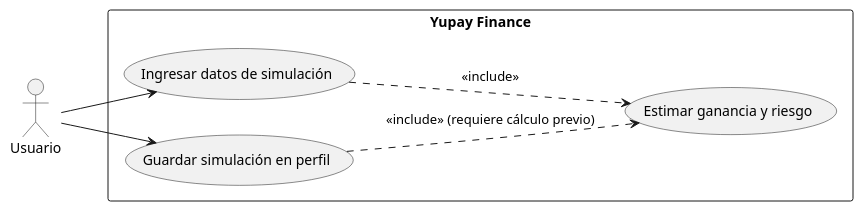
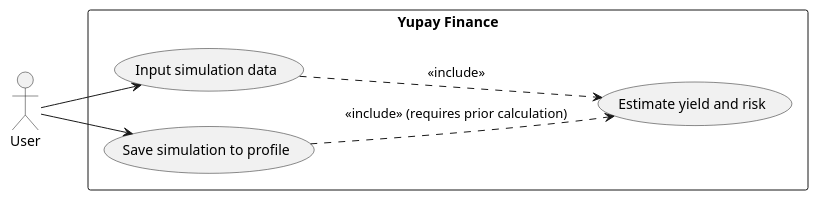
Before and after one commit to Rhoy16/yupay-finance-docs: the diagram in 2A.puml, drawn with PlantUML. The commit also changed 21 other files, not shown here.

Commit message:
Refactor UML diagrams: translate to English and apply standard naming conventions

```diff
--- a/2A.puml
+++ b/2A.puml
@@ -1,16 +1,16 @@
 @startuml
 left to right direction
-actor "Usuario" as user
+actor "User" as user
 
 rectangle "Yupay Finance" {
-    usecase "Ingresar datos de simulación" as UC_ingresar
-    usecase "Estimar ganancia y riesgo" as UC_estimar
-    usecase "Guardar simulación en perfil" as UC_guardar
+    usecase "Input simulation data" as UC_ingresar
+    usecase "Estimate yield and risk" as UC_estimar
+    usecase "Save simulation to profile" as UC_guardar
 }
 
 user --> UC_ingresar
 user --> UC_guardar
 
 UC_ingresar ..> UC_estimar : <<include>>
-UC_guardar ..> UC_estimar : <<include>> (requiere cálculo previo)
-@endum
+UC_guardar ..> UC_estimar : <<include>> (requires prior calculation)
+@enduml
```
